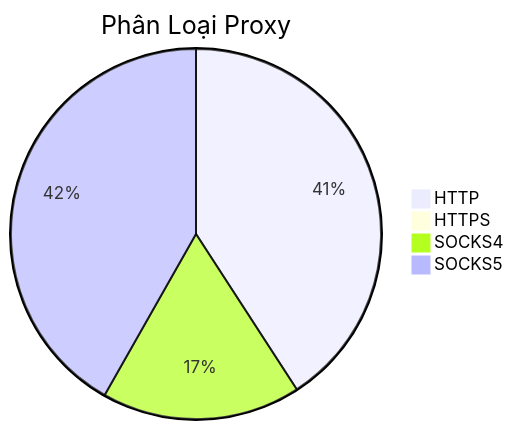
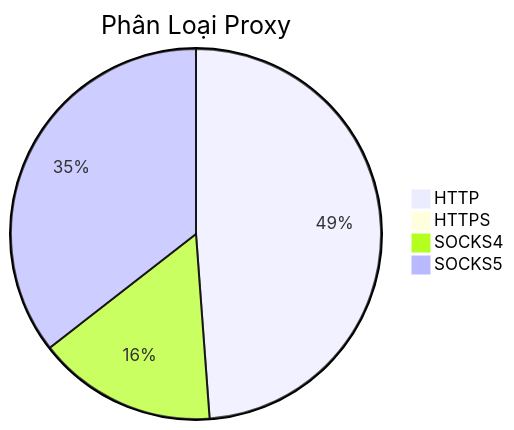
Before and after one commit to Ciara-12/PROXY-free: the diagram in README.md, drawn with Mermaid. The commit also changed other lines of this file and 4 other files, not shown here.

````diff
--- a/README.md
+++ b/README.md
@@ -26,7 +26,7 @@
 ```mermaid
 pie title Phân Loại Proxy
-    "HTTP" : 1037
-    "HTTPS" : 6
-    "SOCKS4" : 441
-    "SOCKS5" : 1061
+    "HTTP" : 1373
+    "HTTPS" : 4
+    "SOCKS4" : 440
+    "SOCKS5" : 999
 ```
````
